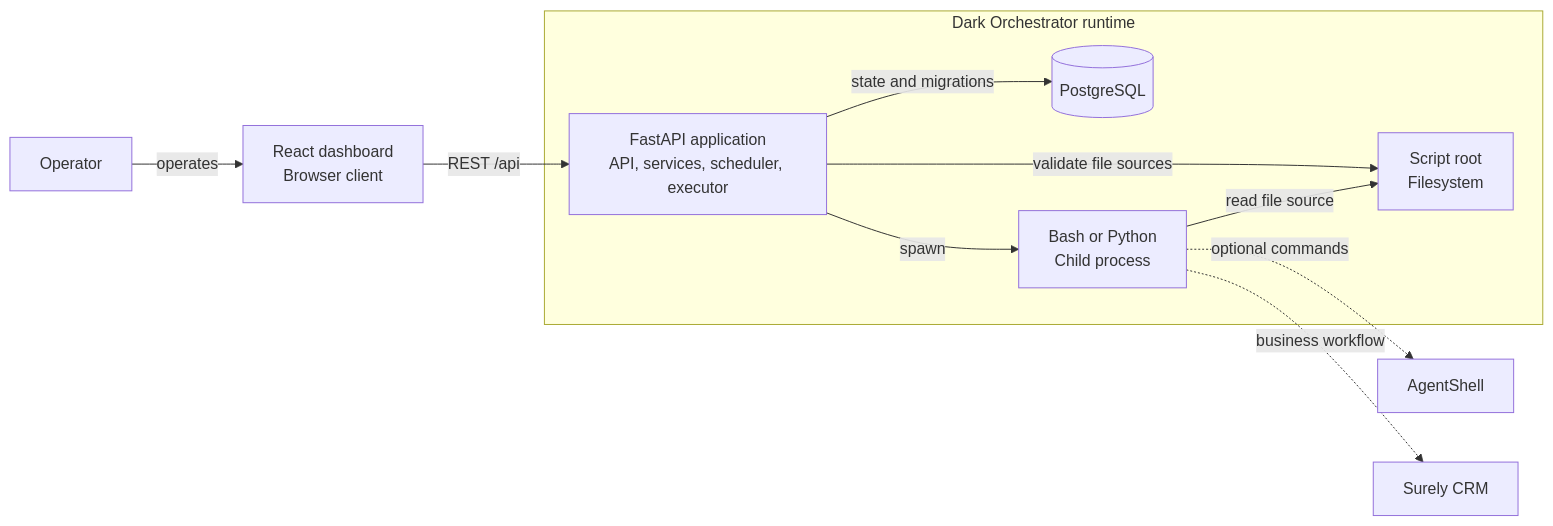
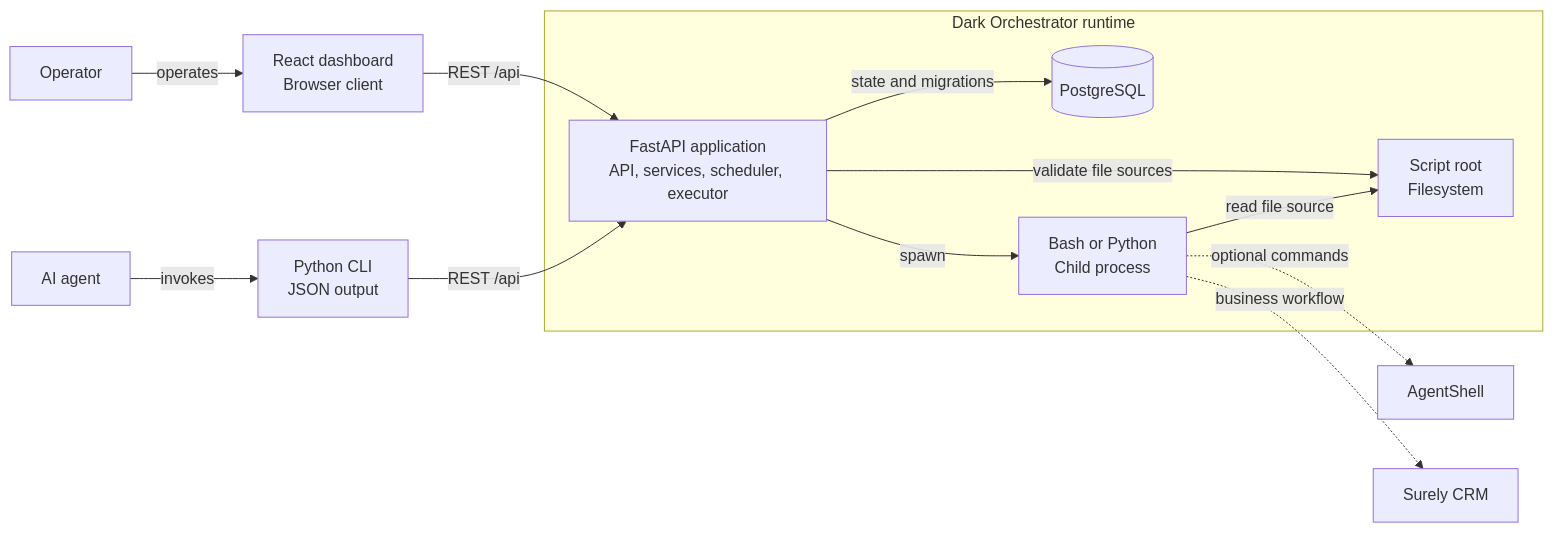
One commit to ScottRBK/Dark-Orchestrator changed the first of 4 diagrams in docs/architecture/architecture.md. Above: the diagram before and after it, drawn with Mermaid. The commit also changed other lines of this file and 10 other files, not shown here.

````diff
--- a/docs/architecture/architecture.md
+++ b/docs/architecture/architecture.md
@@ -47,16 +52,18 @@
 ```mermaid
 flowchart LR
     operator["Operator"] -->|"operates"| dashboard["React dashboard<br/>Browser client"]
+    agent["AI agent"] -->|"invokes"| cli["Python CLI<br/>JSON output"]
     dashboard -->|"REST /api"| api
+    cli -->|"REST /api"| api
 
     subgraph runtime["Dark Orchestrator runtime"]
         api["FastAPI application<br/>API, services, scheduler, executor"]
         api -->|"state and migrations"| database[("PostgreSQL")]
         api -->|"validate file sources"| scripts["Script root<br/>Filesystem"]
         api -->|"spawn"| child["Bash or Python<br/>Child process"]
         child -->|"read file source"| scripts
     end
 
     child -.->|"optional commands"| agentshell["AgentShell"]
     child -.->|"business workflow"| surely["Surely CRM"]
 ```
````
